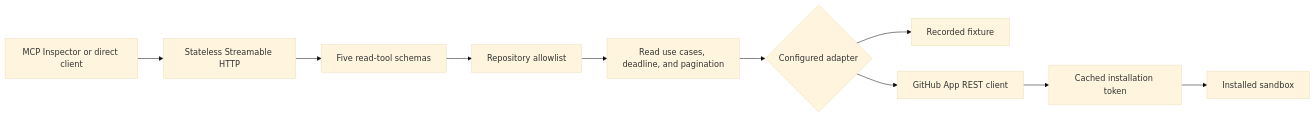
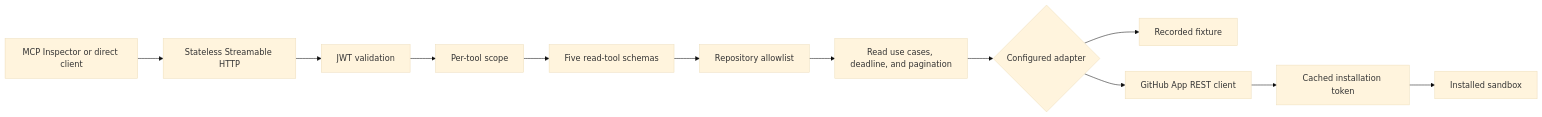
The diagram in solutions/engineering-operations-mcp/README.md (pablodcruz/enterprise-ai-integration), drawn with Mermaid (base theme) before and after one commit. The commit also changed other lines of this file and 26 other files, not shown here.

````diff
--- a/solutions/engineering-operations-mcp/README.md
+++ b/solutions/engineering-operations-mcp/README.md
@@ -44,12 +47,14 @@
 ```mermaid
 flowchart LR
     Client["MCP Inspector or direct client"] --> HTTP["Stateless Streamable HTTP"]
-    HTTP --> Tool["Five read-tool schemas"]
+    HTTP --> Identity["JWT validation"]
+    Identity --> Scope["Per-tool scope"]
+    Scope --> Tool["Five read-tool schemas"]
     Tool --> Policy["Repository allowlist"]
     Policy --> UseCase["Read use cases, deadline, and pagination"]
     UseCase --> Adapter{"Configured adapter"}
     Adapter --> Recorded["Recorded fixture"]
     Adapter --> App["GitHub App REST client"]
     App --> Token["Cached installation token"]
     Token --> GitHub["Installed sandbox"]
 ```
````
